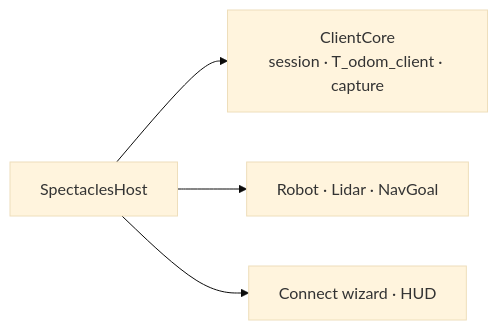
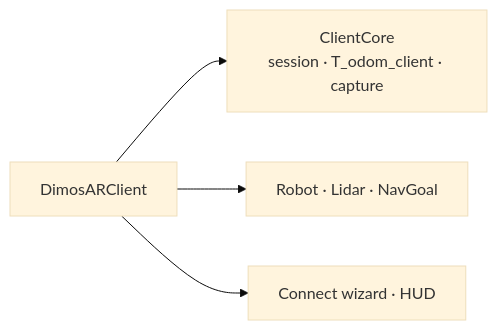
The third of 3 diagrams in README.md (V4C38/spectacles-dimensional-os), drawn with Mermaid (base theme) before and after one commit. The commit also changed other lines of this file and 41 other files, not shown here.

````diff
--- a/README.md
+++ b/README.md
@@ -219,11 +219,11 @@
 ```mermaid
 flowchart LR
   Core["ClientCore<br>session · T_odom_client · capture"]
-  Host["SpectaclesHost"]
+  Client["DimosARClient"]
   Room["Robot · Lidar · NavGoal"]
   UX["Connect wizard · HUD"]
 
-  Host --> Core
-  Host --> Room
-  Host --> UX
+  Client --> Core
+  Client --> Room
+  Client --> UX
 ```
````
